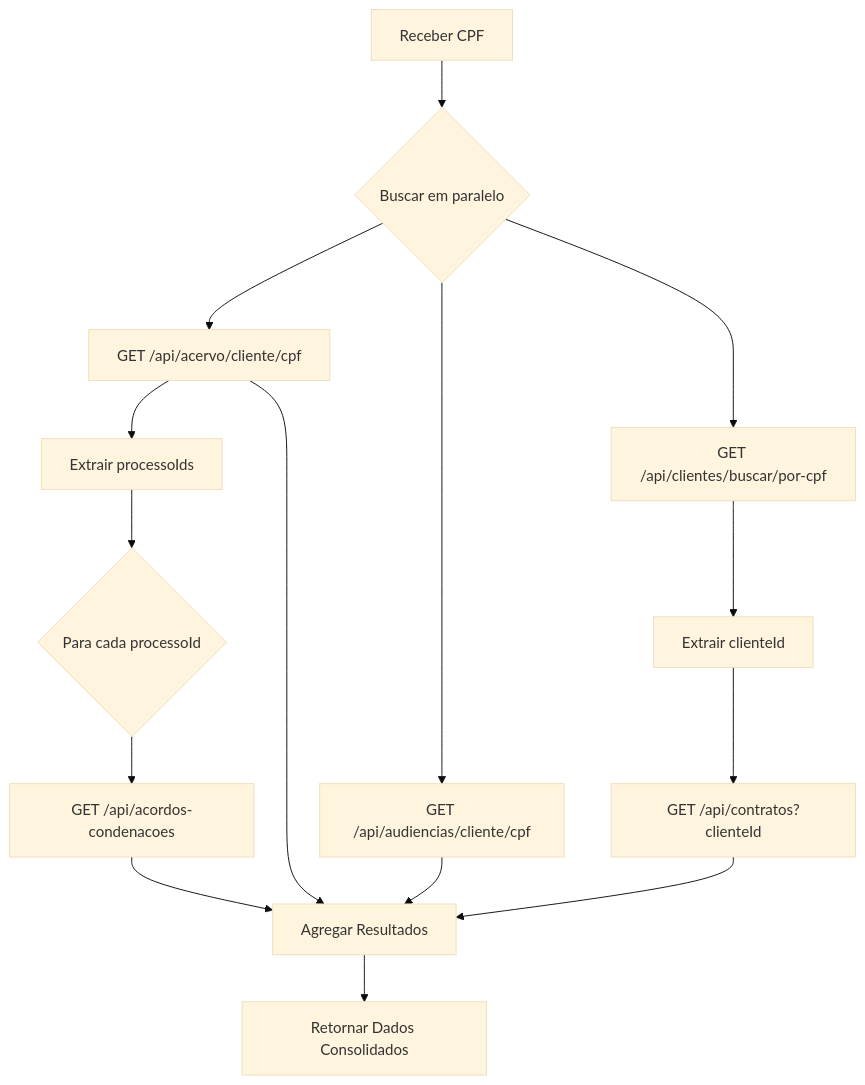
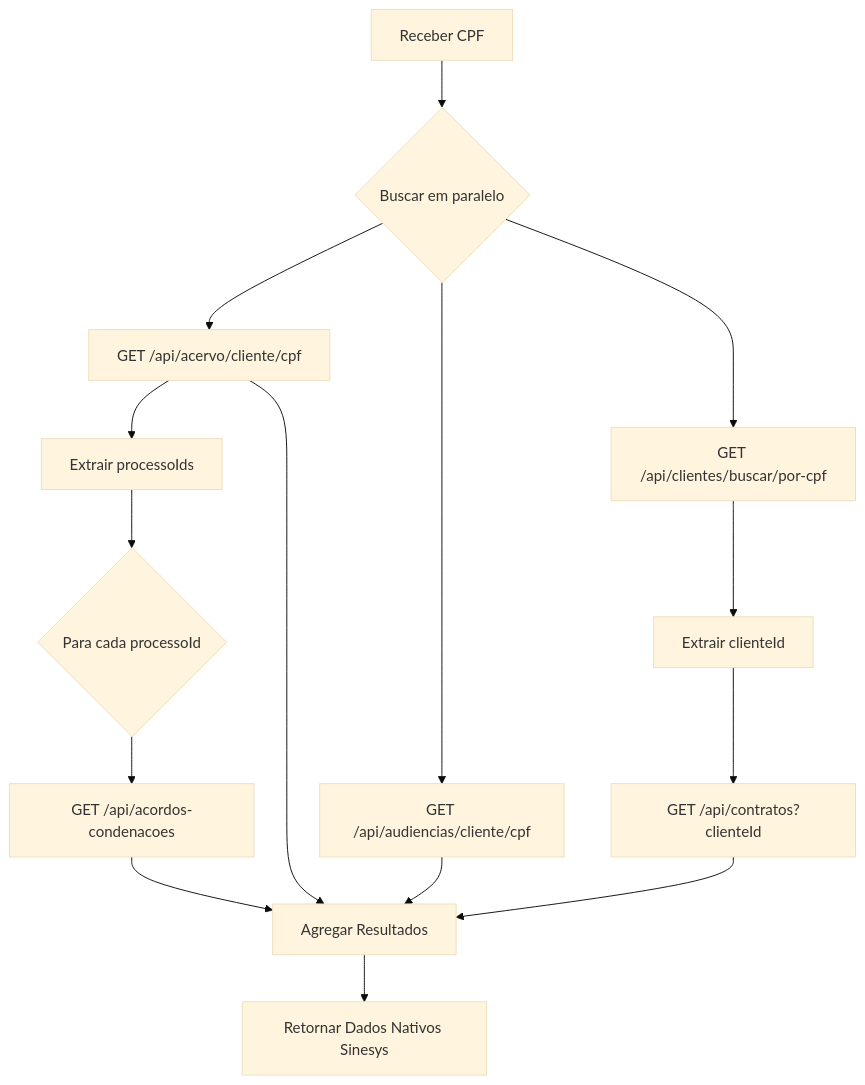
Before and after one commit to SinesysTech/zattar-os: the second of 6 diagrams in .qoder/quests/migration-analysis.md, drawn with Mermaid (base theme). The commit also changed other lines of this file and 49 other files, not shown here.

First line of the commit message:
refactor(sinesys): modernizar aplicação para uso nativo dos schemas Sinesys

````diff
--- a/.qoder/quests/migration-analysis.md
+++ b/.qoder/quests/migration-analysis.md
@@ -361,21 +364,21 @@
 ```mermaid
 graph TD
     A[Receber CPF] --> B{Buscar em paralelo}
     B --> C[GET /api/acervo/cliente/cpf]
     B --> D[GET /api/audiencias/cliente/cpf]
     B --> E[GET /api/clientes/buscar/por-cpf]
     
     C --> F[Extrair processoIds]
     E --> G[Extrair clienteId]
     
     G --> H[GET /api/contratos?clienteId]
     F --> I{Para cada processoId}
     I --> J[GET /api/acordos-condenacoes]
     
     C --> K[Agregar Resultados]
     D --> K
     H --> K
     J --> K
     
-    K --> L[Retornar Dados Consolidados]
+    K --> L[Retornar Dados Nativos Sinesys]
 ```
````
